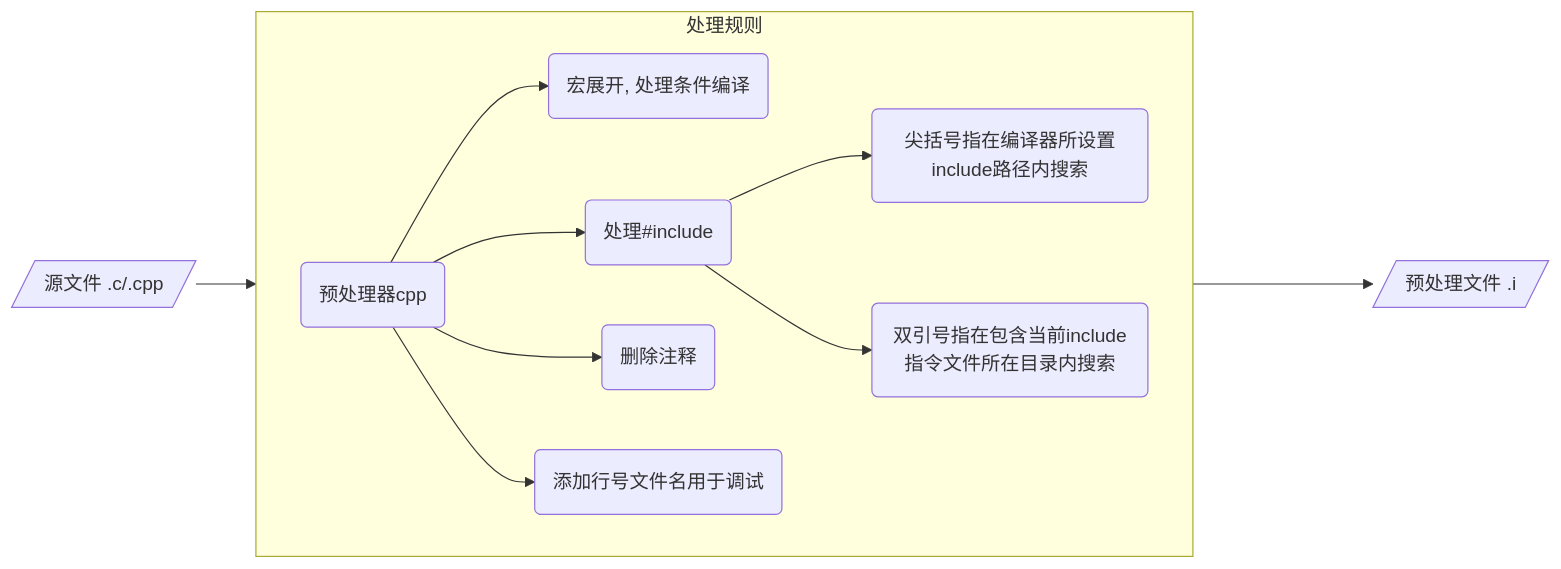
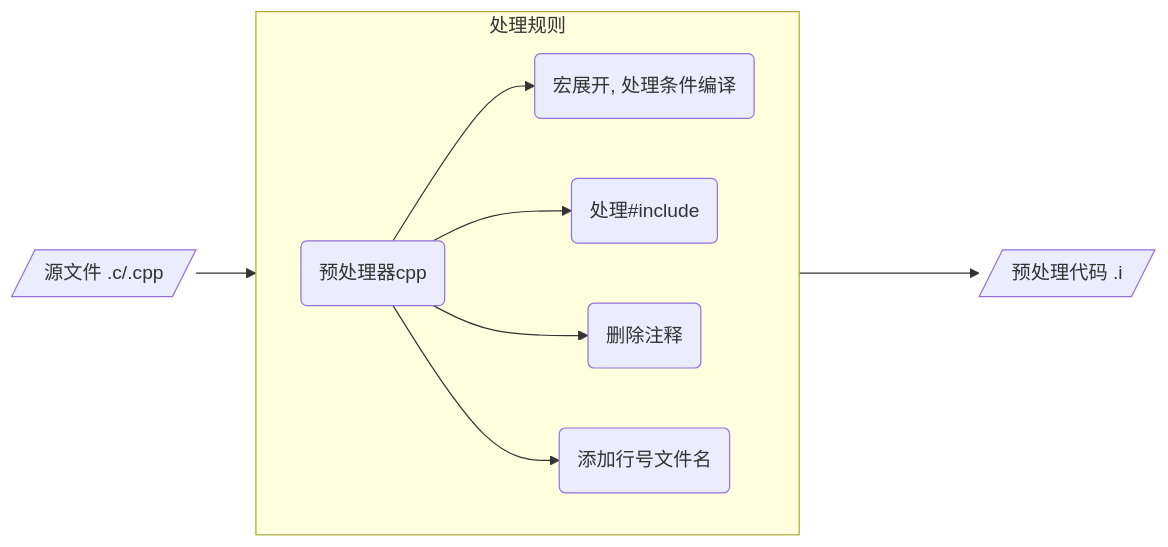
One commit to dmjcb/dmjcb.github.io changed the second of 8 diagrams in _posts/language/c_c++/compile/2021-06-15-编译过程.md. Above: the diagram before and after it, drawn with Mermaid. The commit also changed other lines of this file and 31 other files, not shown here.

````diff
--- a/_posts/language/c_c++/compile/2021-06-15-编译过程.md
+++ b/_posts/language/c_c++/compile/2021-06-15-编译过程.md
@@ -36,16 +38,14 @@
 ```mermaid
 graph LR;
     subgraph 处理规则
         direction LR
         A(预处理器cpp)
         A --> B(宏展开, 处理条件编译)
         A --> D(处理#include)
-        D --> D1(尖括号指在编译器所设置include路径内搜索)
-        D --> D2(双引号指在包含当前include指令文件所在目录内搜索)
         A --> E(删除注释)
-        A --> F(添加行号文件名用于调试)
+        A --> F(添加行号文件名)
     end
 
     P[/源文件 .c/.cpp/] --> A
-    处理规则 ----> I[/预处理文件 .i/]
+    处理规则 ----> I[/预处理代码 .i/]
 ```
````
